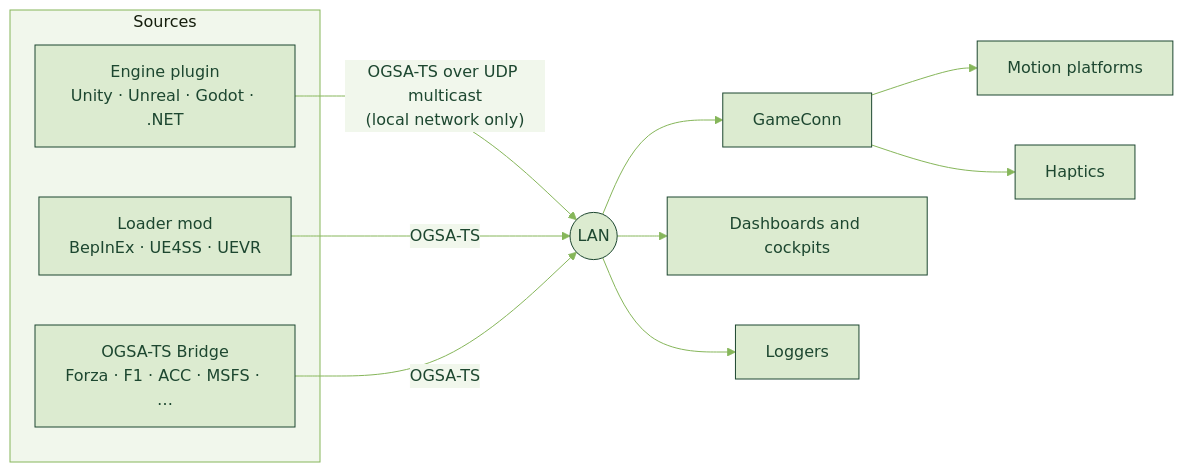
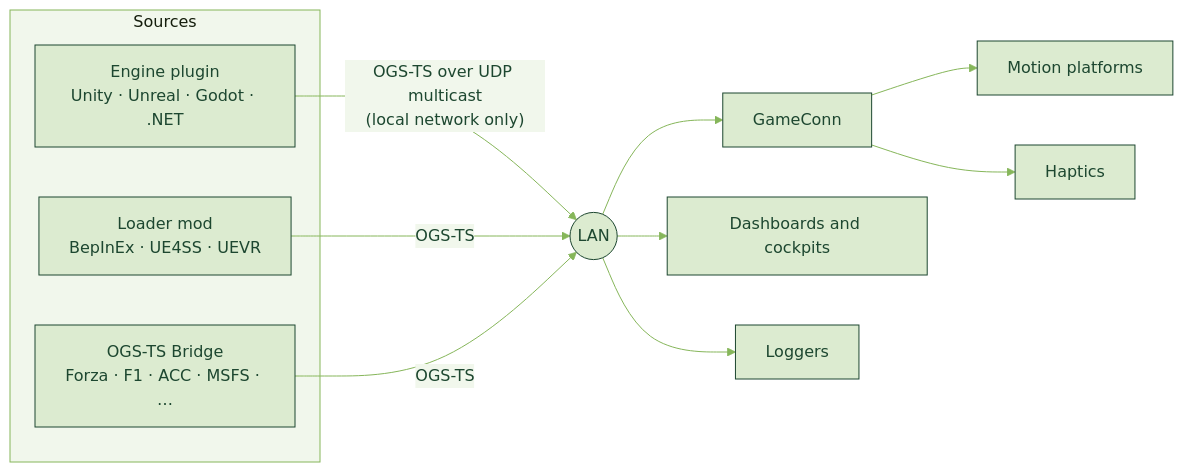
Before and after one commit to Open-Game-Standards-Alliance/.github: the diagram in profile/README.md, drawn with Mermaid. The commit also changed other lines of this file and 4 other files, not shown here.

First line of the commit message:
Rename OGSA to OGS

````diff
--- a/profile/README.md
+++ b/profile/README.md
@@ -69,17 +69,17 @@
 ```mermaid
 %%{init: {'theme': 'base', 'themeVariables': {'primaryColor': '#dcebd0', 'primaryTextColor': '#1d4730', 'primaryBorderColor': '#1d4730', 'lineColor': '#86b65a', 'clusterBkg': '#f1f7ec', 'clusterBorder': '#86b65a', 'edgeLabelBackground': '#f1f7ec'}}}%%
 flowchart LR
     subgraph sources["Sources"]
         P["Engine plugin<br/>Unity · Unreal · Godot · .NET"]
         M["Loader mod<br/>BepInEx · UE4SS · UEVR"]
-        B["OGSA-TS Bridge<br/>Forza · F1 · ACC · MSFS · …"]
+        B["OGS-TS Bridge<br/>Forza · F1 · ACC · MSFS · …"]
     end
-    P -- "OGSA-TS over UDP multicast<br/>(local network only)" --> L(("LAN"))
-    M -- "OGSA-TS" --> L
-    B -- "OGSA-TS" --> L
+    P -- "OGS-TS over UDP multicast<br/>(local network only)" --> L(("LAN"))
+    M -- "OGS-TS" --> L
+    B -- "OGS-TS" --> L
     L --> C["GameConn"]
     C --> R["Motion platforms"]
     C --> H["Haptics"]
     L --> D["Dashboards and cockpits"]
     L --> G["Loggers"]
 ```
````
